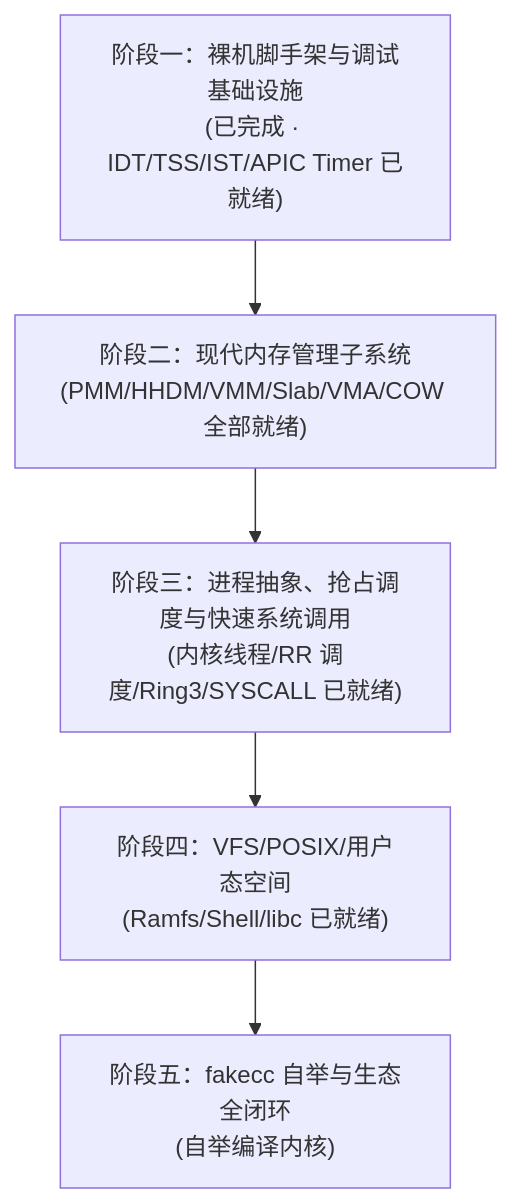
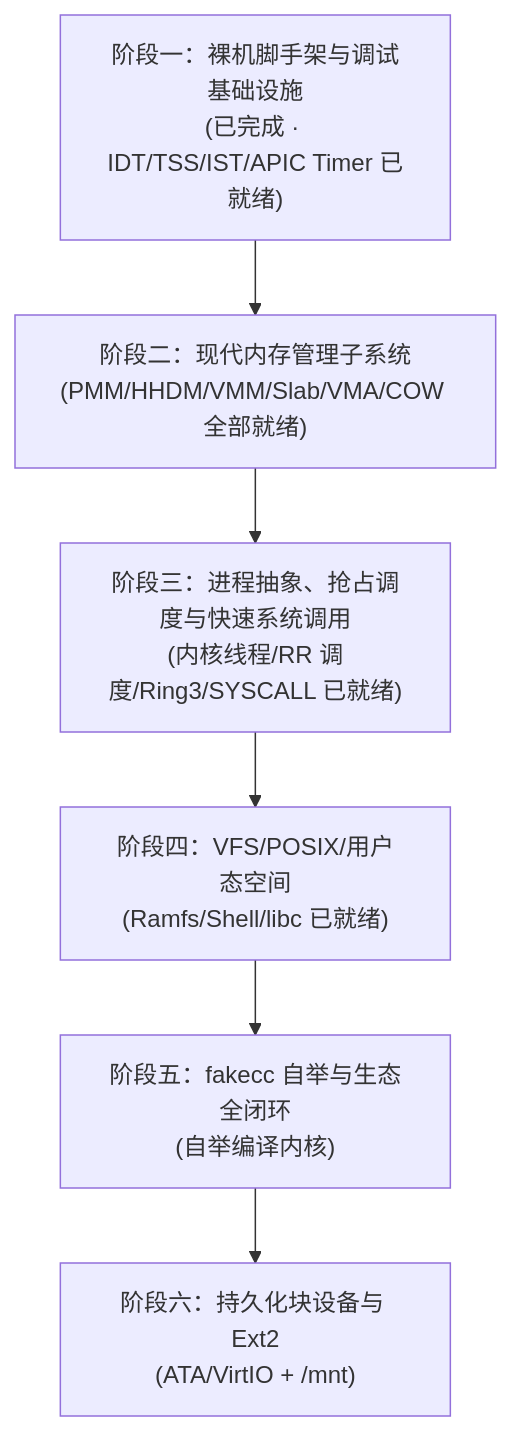
The diagram in README.md (esrrhs/fakeos), drawn with Mermaid before and after one commit. The commit also changed other lines of this file and 17 other files, not shown here.

First line of the commit message:
m6: ATA/VirtIO block layer, Ext2 at /mnt, cp/rm userland

````diff
--- a/README.md
+++ b/README.md
@@ -80,6 +80,7 @@
 ```mermaid
 flowchart TD
     M1["阶段一：裸机脚手架与调试基础设施<br/>(已完成 · IDT/TSS/IST/APIC Timer 已就绪)"] --> M2["阶段二：现代内存管理子系统<br/>(PMM/HHDM/VMM/Slab/VMA/COW 全部就绪)"] --> M3["阶段三：进程抽象、抢占调度与快速系统调用<br/>(内核线程/RR 调度/Ring3/SYSCALL 已就绪)"]
     M3 --> M4["阶段四：VFS/POSIX/用户态空间<br/>(Ramfs/Shell/libc 已就绪)"]
     M4 --> M5["阶段五：fakecc 自举与生态全闭环<br/>(自举编译内核)"]
+    M5 --> M6["阶段六：持久化块设备与 Ext2<br/>(ATA/VirtIO + /mnt)"]
 ```
````
